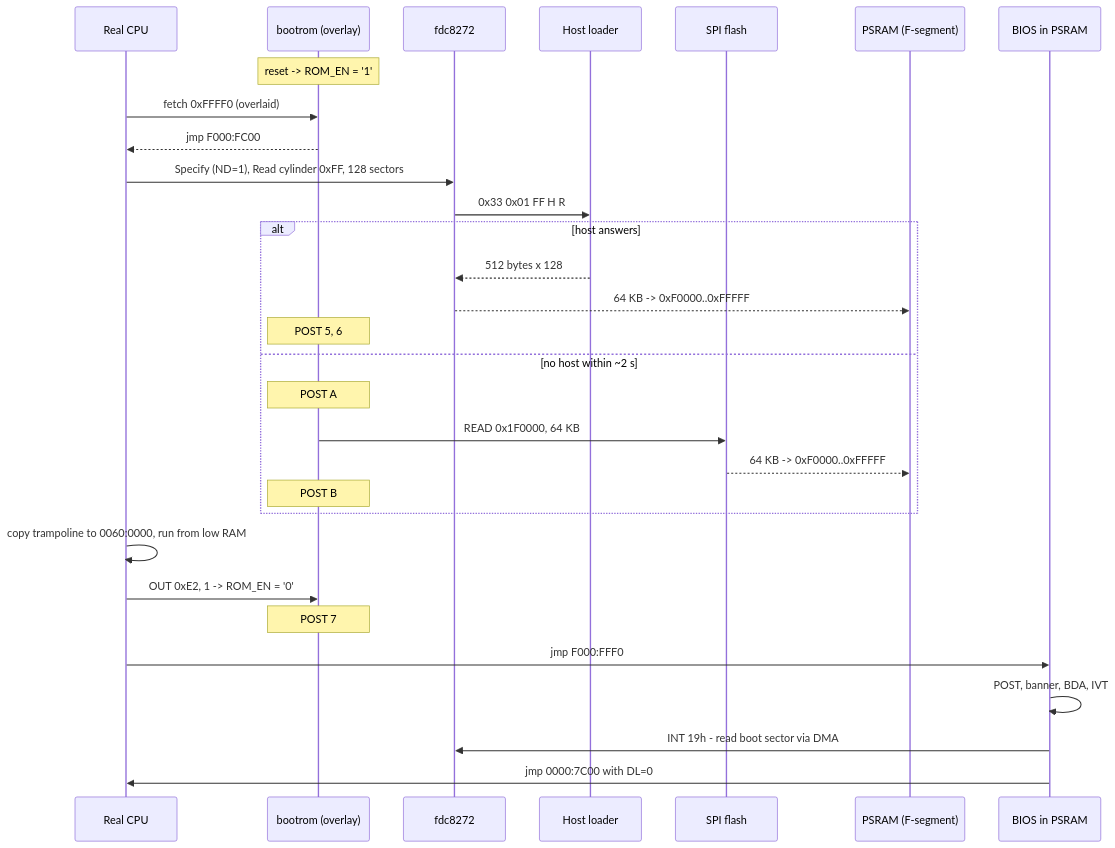
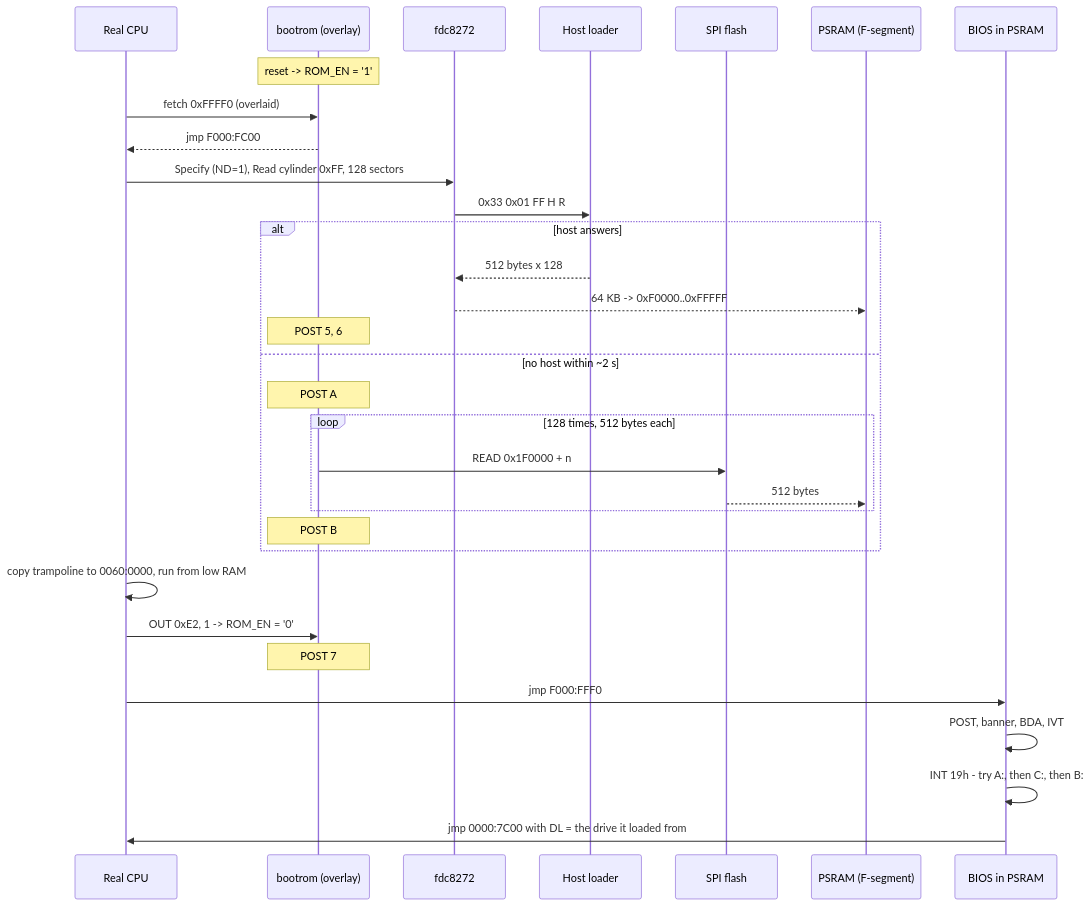
One commit to mathijsvandenberg/gertieboard changed the diagram in docs/boot.md. Above: the diagram before and after it, drawn with Mermaid. The commit also changed other lines of this file and 12 other files, not shown here.

````diff
--- a/docs/boot.md
+++ b/docs/boot.md
@@ -9,33 +9,35 @@
 ```mermaid
 sequenceDiagram
     participant CPU as Real CPU
     participant BR as bootrom (overlay)
     participant FDC as fdc8272
     participant HOST as Host loader
     participant FL as SPI flash
     participant RAM as PSRAM (F-segment)
     participant BIOS as BIOS in PSRAM
 
     Note over BR: reset -> ROM_EN = '1'
     CPU->>BR: fetch 0xFFFF0 (overlaid)
     BR-->>CPU: jmp F000:FC00
     CPU->>FDC: Specify (ND=1), Read cylinder 0xFF, 128 sectors
     FDC->>HOST: 0x33 0x01 FF H R
     alt host answers
         HOST-->>FDC: 512 bytes x 128
         FDC-->>RAM: 64 KB -> 0xF0000..0xFFFFF
         Note over BR: POST 5, 6
     else no host within ~2 s
         Note over BR: POST A
-        BR->>FL: READ 0x1F0000, 64 KB
-        FL-->>RAM: 64 KB -> 0xF0000..0xFFFFF
+        loop 128 times, 512 bytes each
+            BR->>FL: READ 0x1F0000 + n
+            FL-->>RAM: 512 bytes
+        end
         Note over BR: POST B
     end
     CPU->>CPU: copy trampoline to 0060:0000, run from low RAM
     CPU->>BR: OUT 0xE2, 1  -> ROM_EN = '0'
     Note over BR: POST 7
     CPU->>BIOS: jmp F000:FFF0
     BIOS->>BIOS: POST, banner, BDA, IVT
-    BIOS->>FDC: INT 19h - read boot sector via DMA
-    BIOS->>CPU: jmp 0000:7C00 with DL=0
+    BIOS->>BIOS: INT 19h - try A:, then C:, then B:
+    BIOS->>CPU: jmp 0000:7C00 with DL = the drive it loaded from
 ```
````
